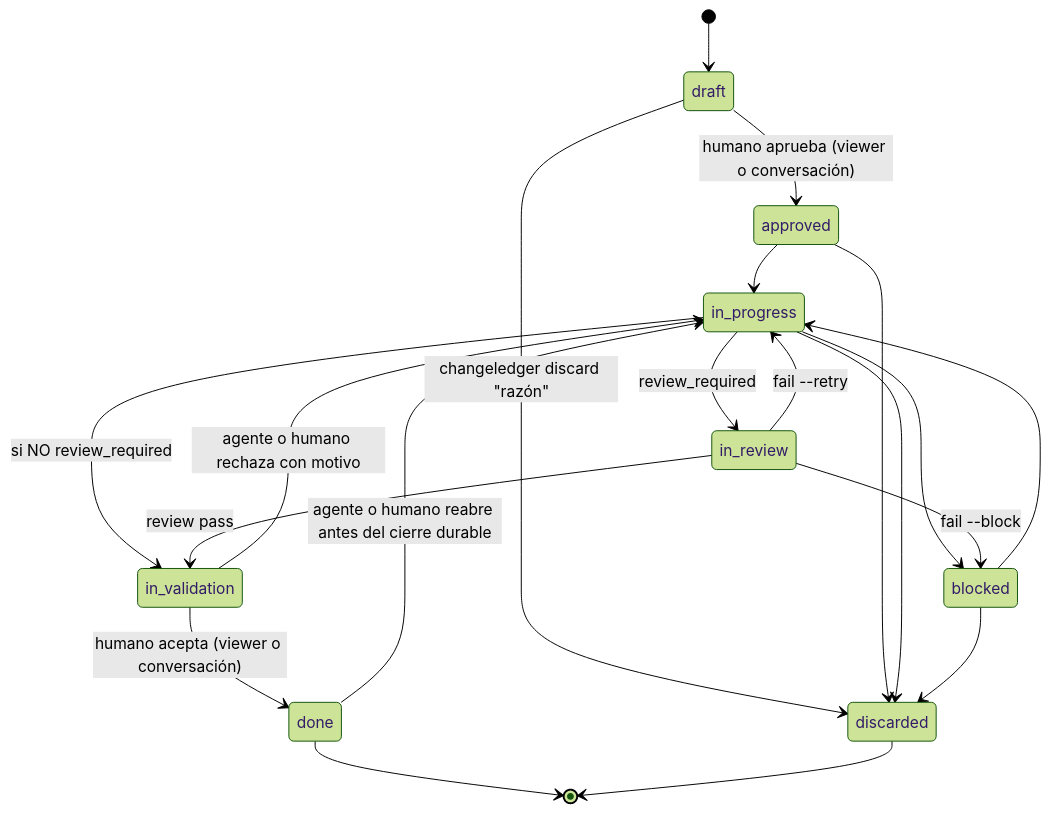
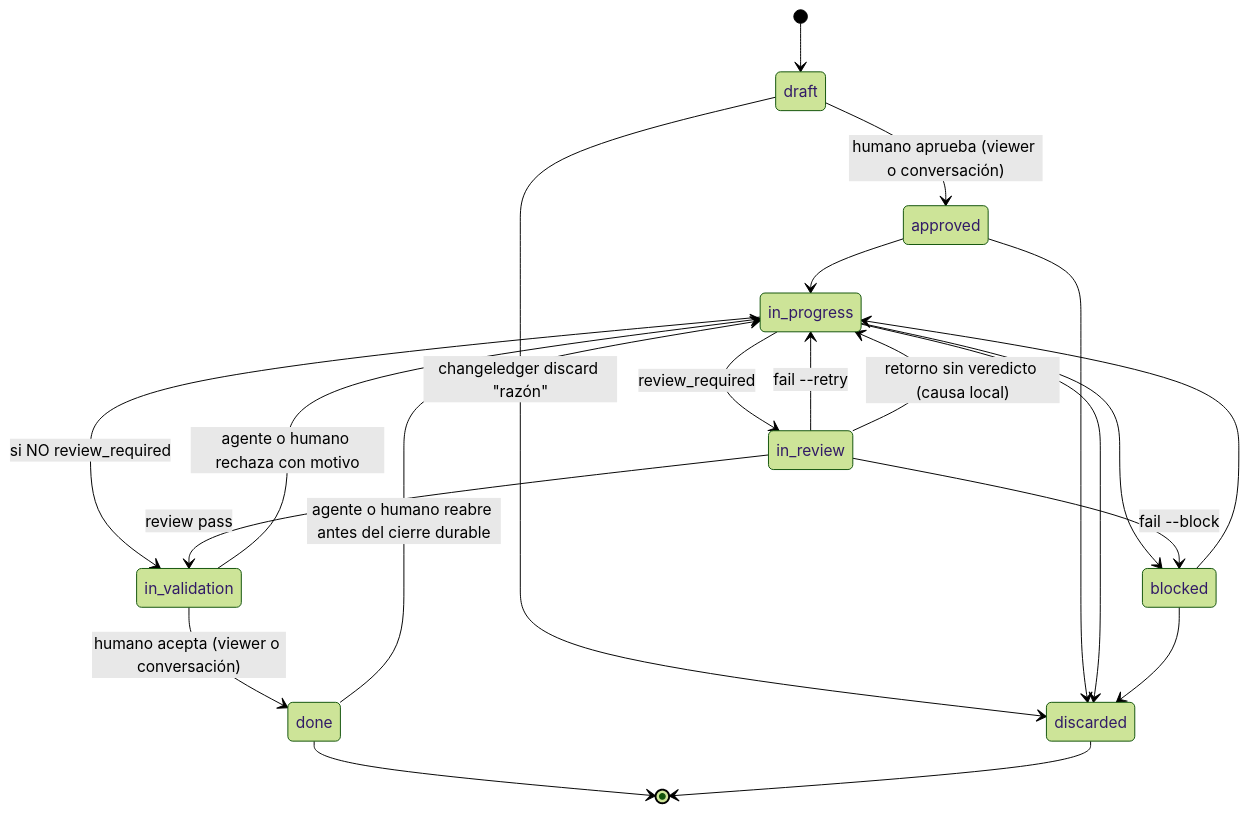
One commit to rarc88/changeledger changed the diagram in .changeledger/specs/lifecycle.md. Above: the diagram before and after it, drawn with Mermaid (forest theme). The commit also changed other lines of this file and 1 other file, not shown here.

Commit message:
docs(lifecycle): graduate the pre-review gate order [#20260722-124656]

````diff
--- a/.changeledger/specs/lifecycle.md
+++ b/.changeledger/specs/lifecycle.md
@@ -10,22 +10,23 @@
 ```mermaid
 stateDiagram-v2
     [*] --> draft
     draft --> approved: humano aprueba (viewer o conversación)
     approved --> in_progress
     in_progress --> in_review: review_required
     in_progress --> in_validation: si NO review_required
     in_progress --> blocked
     in_review --> in_validation: review pass
     in_review --> in_progress: fail --retry
+    in_review --> in_progress: retorno sin veredicto (causa local)
     in_review --> blocked: fail --block
     in_validation --> done: humano acepta (viewer o conversación)
     in_validation --> in_progress: agente o humano rechaza con motivo
     done --> in_progress: agente o humano reabre antes del cierre durable
     blocked --> in_progress
     draft --> discarded: changeledger discard "razón"
     approved --> discarded
     in_progress --> discarded
     blocked --> discarded
     done --> [*]
     discarded --> [*]
 ```
````
